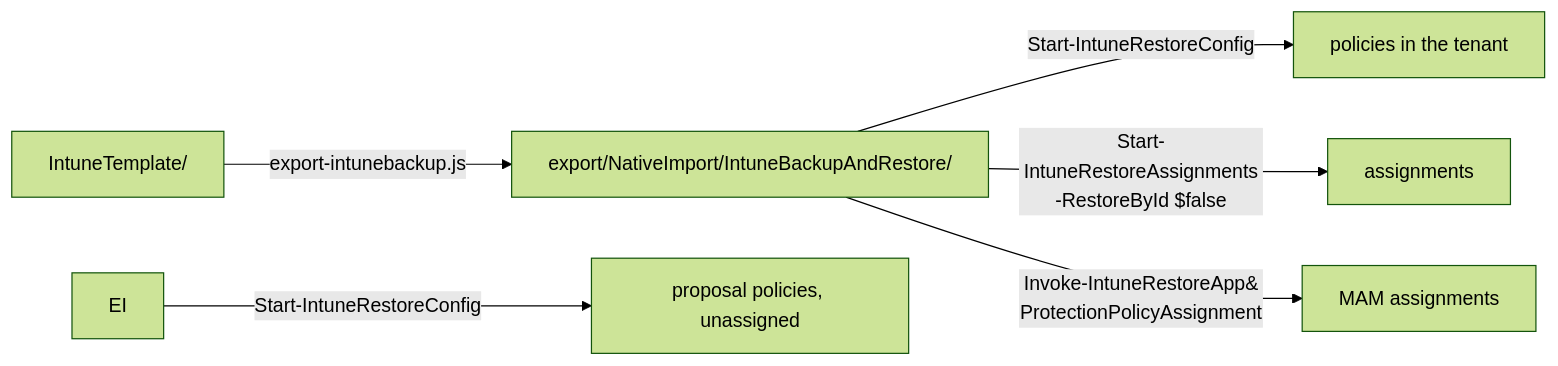
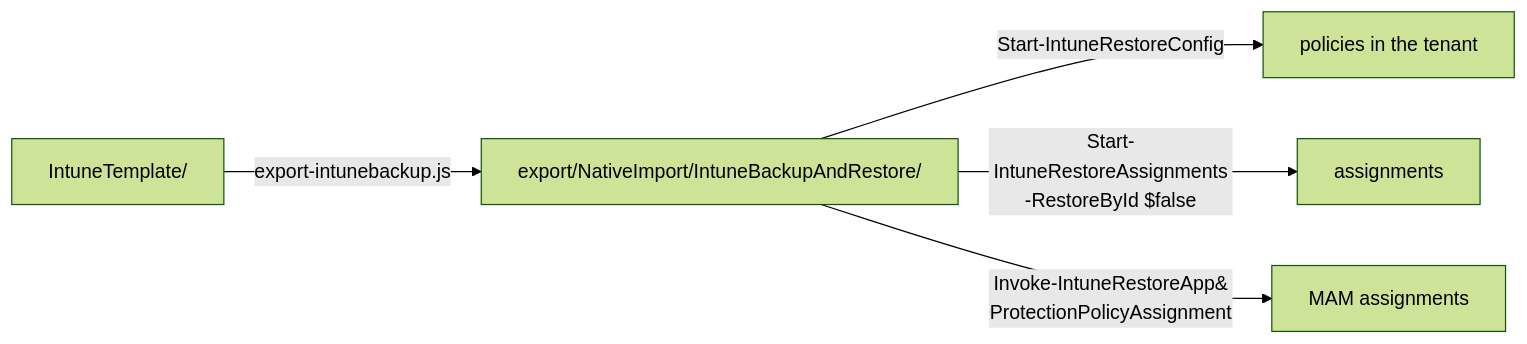
Before and after one commit to sjkanon/IntuneBackup: the diagram in export/README.en.md, drawn with Mermaid (forest theme). The commit also changed other lines of this file and 180 other files, not shown here.

````diff
--- a/export/README.en.md
+++ b/export/README.en.md
@@ -46,8 +37,7 @@
 ```mermaid
 flowchart LR
   T["IntuneTemplate/"] -->|export-intunebackup.js| E["export/NativeImport/IntuneBackupAndRestore/"]
-  EI -->|Start-IntuneRestoreConfig| PI["proposal policies, unassigned"]
   E -->|Start-IntuneRestoreConfig| P["policies in the tenant"]
   E -->|Start-IntuneRestoreAssignments<br/>-RestoreById $false| A["assignments"]
   E -->|Invoke-IntuneRestoreApp&#8203;ProtectionPolicyAssignment| M["MAM assignments"]
 ```
````
